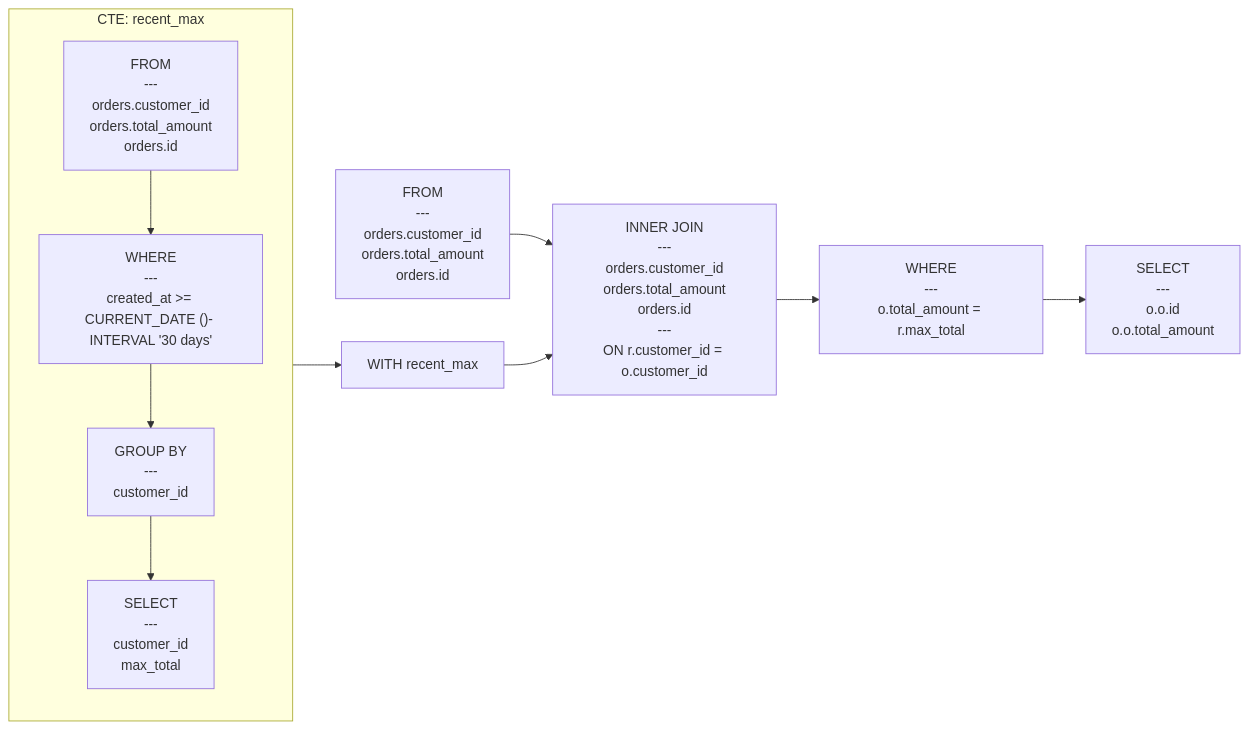
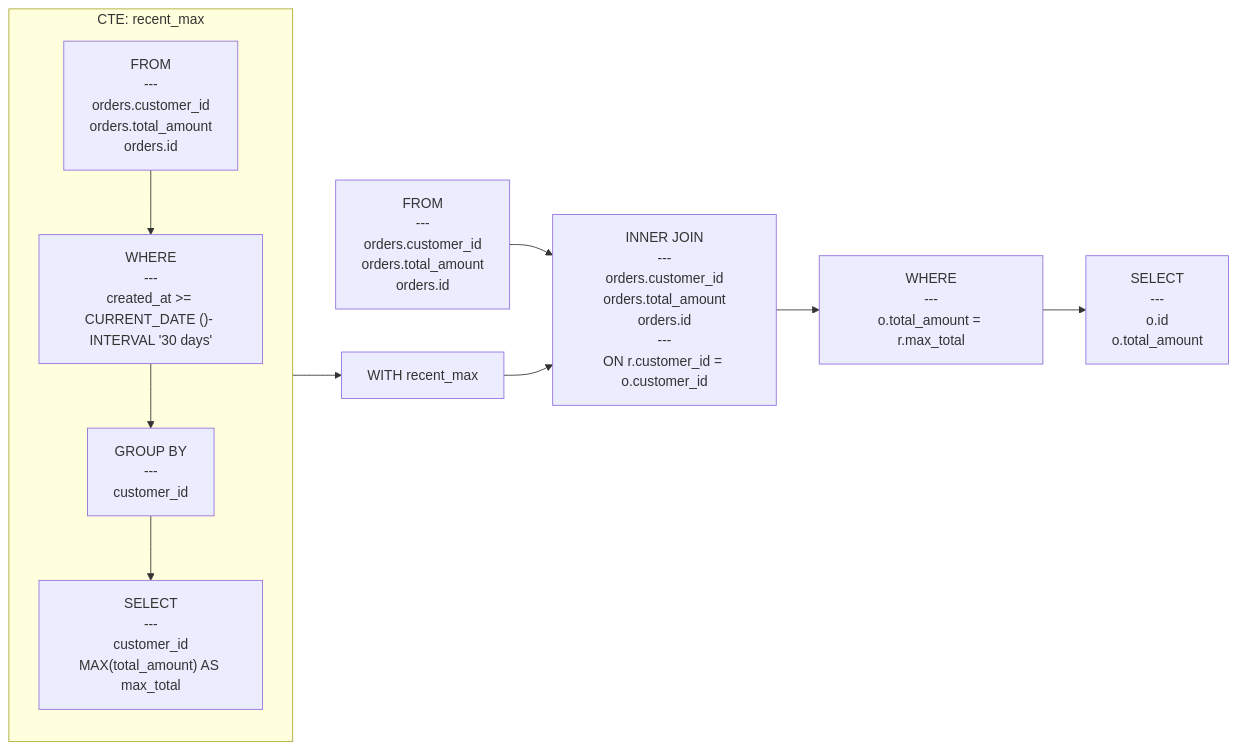
One commit to rot1024/sqloflow changed the diagram in examples/cte_with_join.mmd. Above: the diagram before and after it, drawn with Mermaid. The commit also changed 13 other files, not shown here.

```diff
--- a/examples/cte_with_join.mmd
+++ b/examples/cte_with_join.mmd
@@ -1,22 +1,22 @@
 flowchart LR
     subgraph cte_recent_max [CTE: recent_max]
         direction TB
-        node_3["SELECT<br/>---<br/>customer_id<br/>max_total"]
+        node_3["SELECT<br/>---<br/>customer_id<br/>MAX(total_amount) AS max_total"]
         node_2["GROUP BY<br/>---<br/>customer_id"]
         node_1["WHERE<br/>---<br/>created_at &gt;= CURRENT_DATE ()- INTERVAL '30 days'"]
         node_0["FROM<br/>---<br/>orders.customer_id<br/>orders.total_amount<br/>orders.id"]
         node_0 --> node_1
         node_1 --> node_2
         node_2 --> node_3
     end
 
     node_5["FROM<br/>---<br/>orders.customer_id<br/>orders.total_amount<br/>orders.id"]
     node_6[WITH recent_max]
     node_7["INNER JOIN<br/>---<br/>orders.customer_id<br/>orders.total_amount<br/>orders.id<br/>---<br/>ON r.customer_id = o.customer_id"]
     node_8["WHERE<br/>---<br/>o.total_amount = r.max_total"]
-    node_9["SELECT<br/>---<br/>o.o.id<br/>o.o.total_amount"]
+    node_9["SELECT<br/>---<br/>o.id<br/>o.total_amount"]
     node_3 --> node_6
     node_5 --> node_7
     node_6 --> node_7
     node_7 --> node_8
     node_8 --> node_9
```
